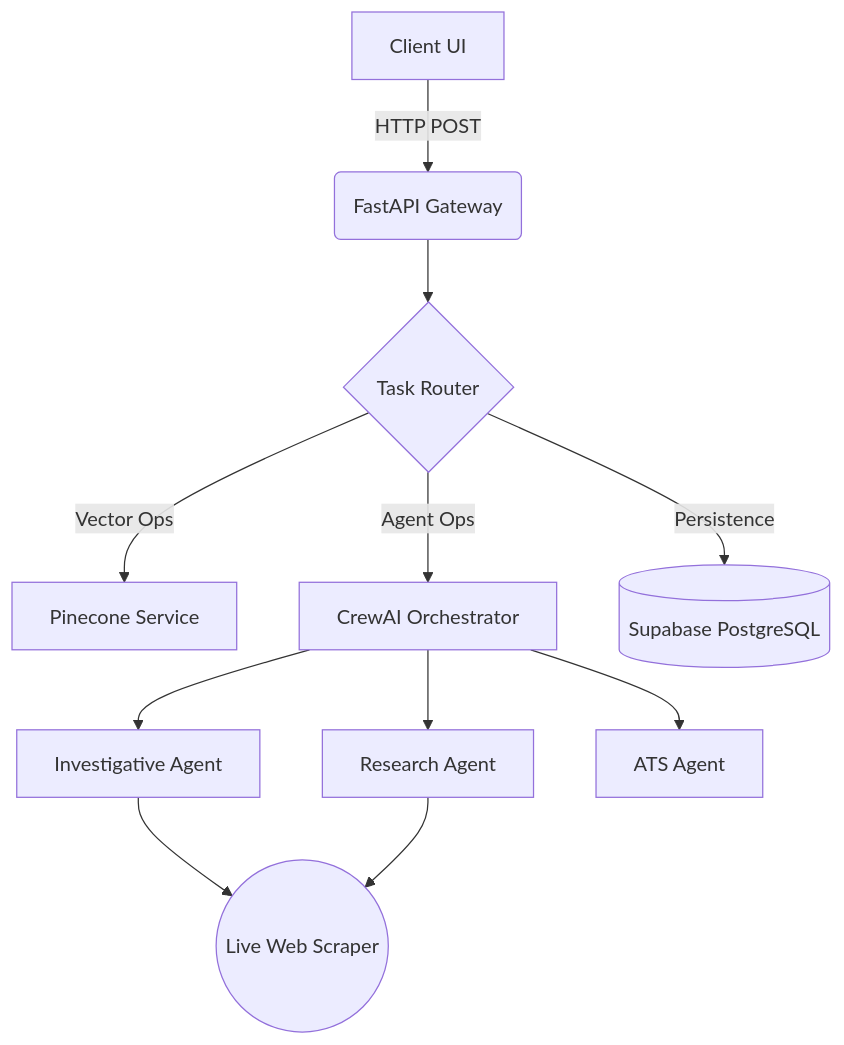
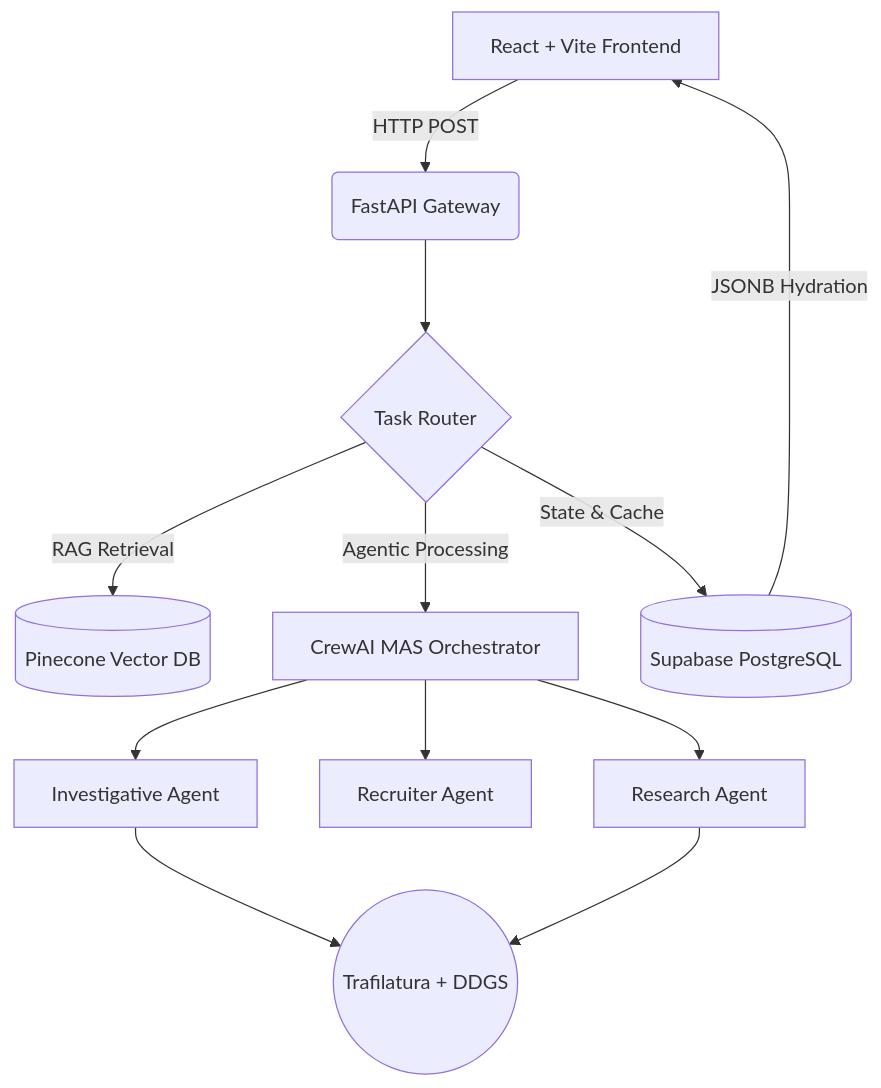
One commit to siddhantsaxena45/DocMind changed the diagram in README.md. Above: the diagram before and after it, drawn with Mermaid. The commit also changed other lines of this file, not shown here.

````diff
--- a/README.md
+++ b/README.md
@@ -149,15 +136,19 @@
 ```mermaid
 graph TD
-    A[Client UI] -->|HTTP POST| B(FastAPI Gateway)
-    B --> C{Task Router}
-    C -->|Vector Ops| D[Pinecone Service]
-    C -->|Agent Ops| E[CrewAI Orchestrator]
-    C -->|Persistence| F[(Supabase PostgreSQL)]
+    Client[React + Vite Frontend] -->|HTTP POST| Gateway(FastAPI Gateway)
     
-    E --> G[Investigative Agent]
-    E --> H[Research Agent]
-    E --> I[ATS Agent]
+    Gateway --> Router{Task Router}
     
-    G --> J((Live Web Scraper))
-    H --> J
+    Router -->|RAG Retrieval| VectorDB[(Pinecone Vector DB)]
+    Router -->|Agentic Processing| Orchestrator[CrewAI MAS Orchestrator]
+    Router -->|State & Cache| RelationalDB[(Supabase PostgreSQL)]
+    
+    Orchestrator --> Agent1[Investigative Agent]
+    Orchestrator --> Agent2[Recruiter Agent]
+    Orchestrator --> Agent3[Research Agent]
+    
+    Agent1 --> Scraper((Trafilatura + DDGS))
+    Agent3 --> Scraper
+    
+    RelationalDB -->|JSONB Hydration| Client
 ```
````
